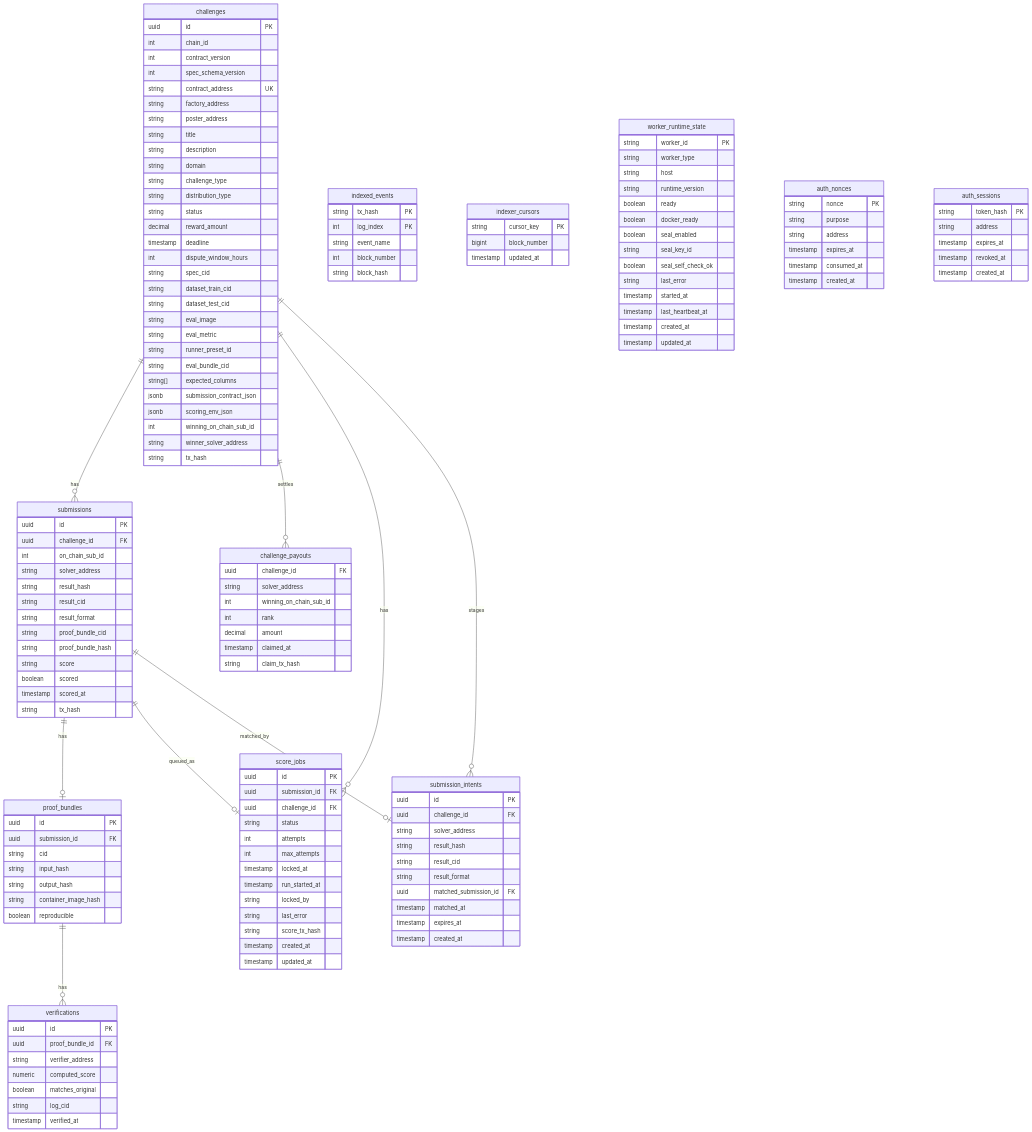
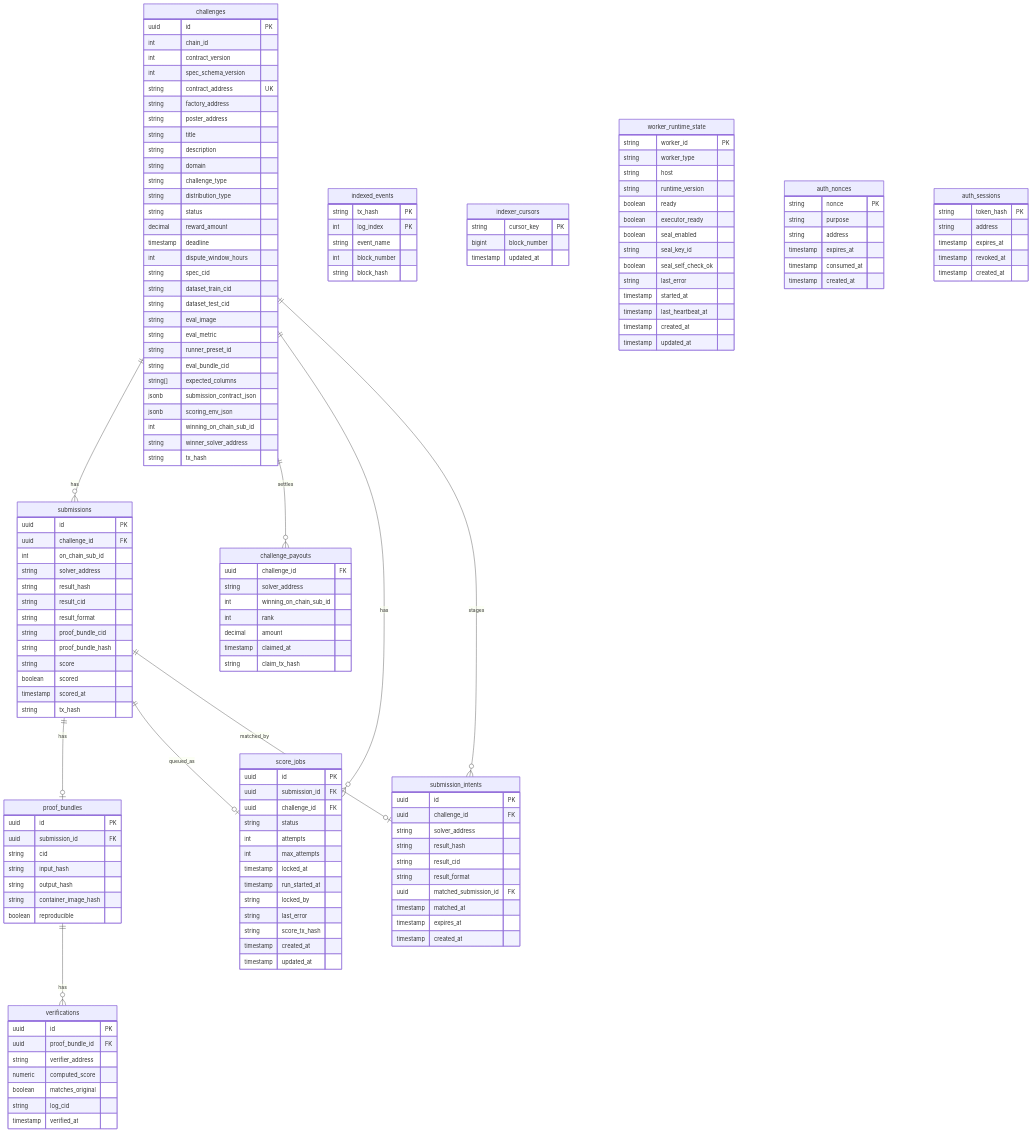
The first of 2 diagrams in docs/data-and-indexing.md (andymolecule/Agora), drawn with Mermaid before and after one commit. The commit also changed other lines of this file and 27 other files, not shown here.

```diff
--- a/docs/data-and-indexing.md
+++ b/docs/data-and-indexing.md
@@ -178,7 +178,7 @@
         string host
         string runtime_version
         boolean ready
-        boolean docker_ready
+        boolean executor_ready
         boolean seal_enabled
         string seal_key_id
         boolean seal_self_check_ok
```
